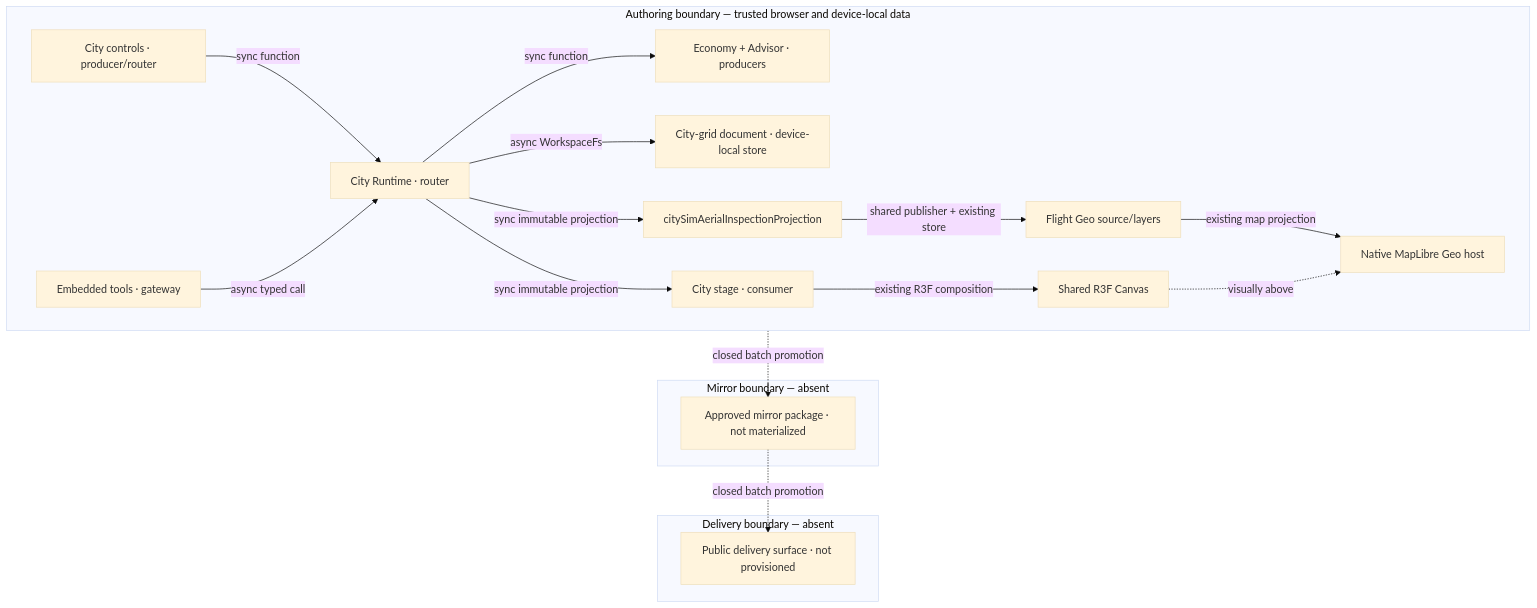
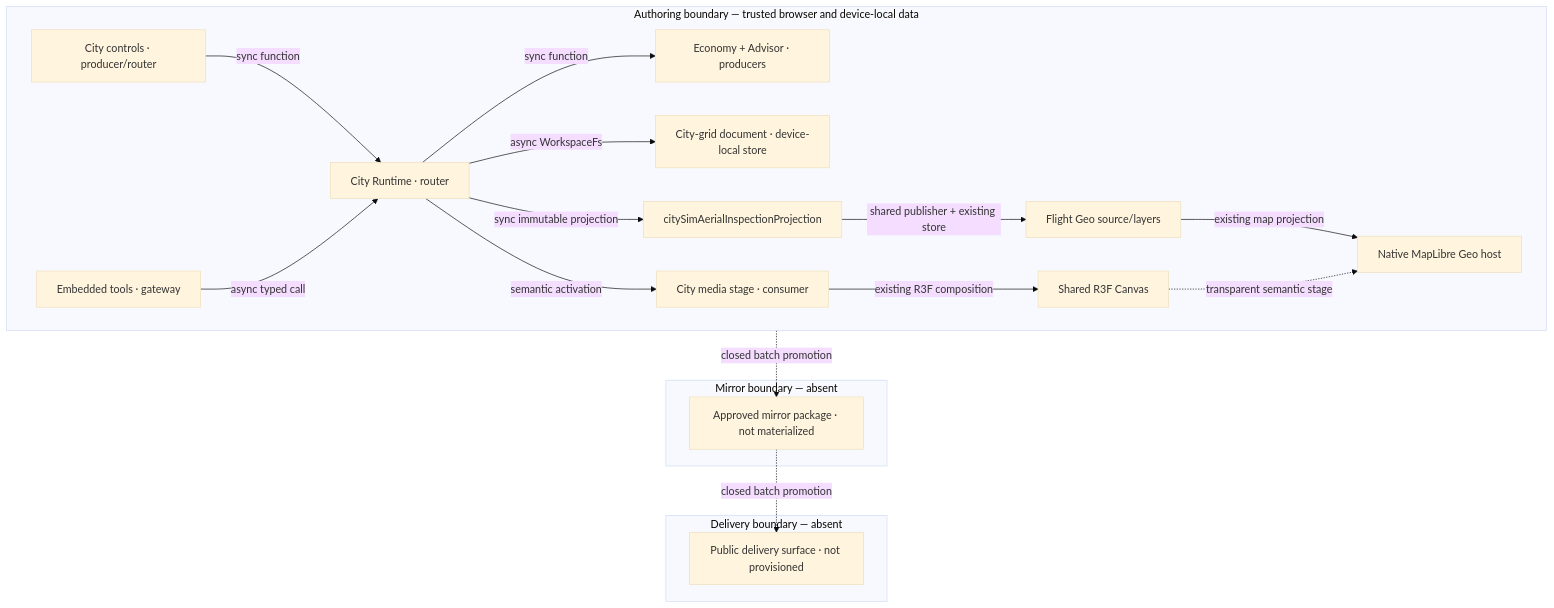
Before and after one commit to huijoohwee/agentic-graph: the diagram in docs/documents/knowgrph-game-city-building-sim-rd-tad.md, drawn with Mermaid (base theme). The commit also changed other lines of this file and 13 other files, not shown here.

Commit message:
fix(city-sim): keep Geo XR MapLibre-owned

````diff
--- a/docs/documents/knowgrph-game-city-building-sim-rd-tad.md
+++ b/docs/documents/knowgrph-game-city-building-sim-rd-tad.md
@@ -331,23 +336,23 @@
 ```mermaid
 flowchart TB
   subgraph A["Authoring boundary — trusted browser and device-local data"]
     Controls["City controls · producer/router"] -->|sync function| Runtime["City Runtime · router"]
     Tools["Embedded tools · gateway"] -->|async typed call| Runtime
     Runtime -->|sync function| Logic["Economy + Advisor · producers"]
     Runtime -->|async WorkspaceFs| Store["City-grid document · device-local store"]
-    Runtime -->|sync immutable projection| Stage["City stage · consumer"]
+    Runtime -->|semantic activation| Stage["City media stage · consumer"]
     Stage -->|existing R3F composition| Canvas["Shared R3F Canvas"]
     Runtime -->|sync immutable projection| Aerial["citySimAerialInspectionProjection"]
     Aerial -->|shared publisher + existing store| FlightGeo["Flight Geo source/layers"]
     FlightGeo -->|existing map projection| Geo["Native MapLibre Geo host"]
-    Canvas -. "visually above" .-> Geo
+    Canvas -. "transparent semantic stage" .-> Geo
   end
   subgraph M["Mirror boundary — absent"]
     Mirror["Approved mirror package · not materialized"]
   end
   subgraph D["Delivery boundary — absent"]
     Delivery["Public delivery surface · not provisioned"]
   end
   A -. "closed batch promotion" .-> Mirror
   Mirror -. "closed batch promotion" .-> Delivery
 ```
````
